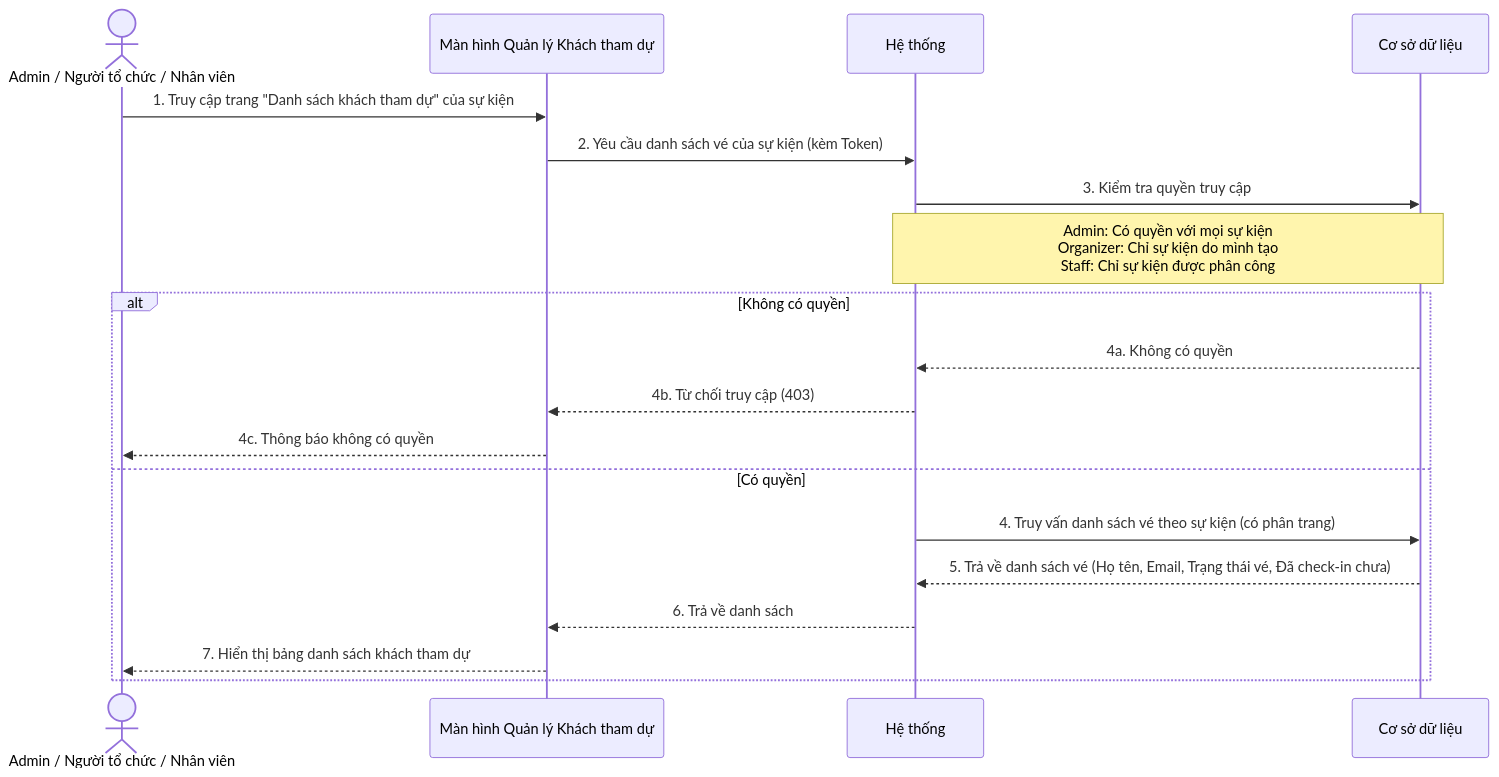
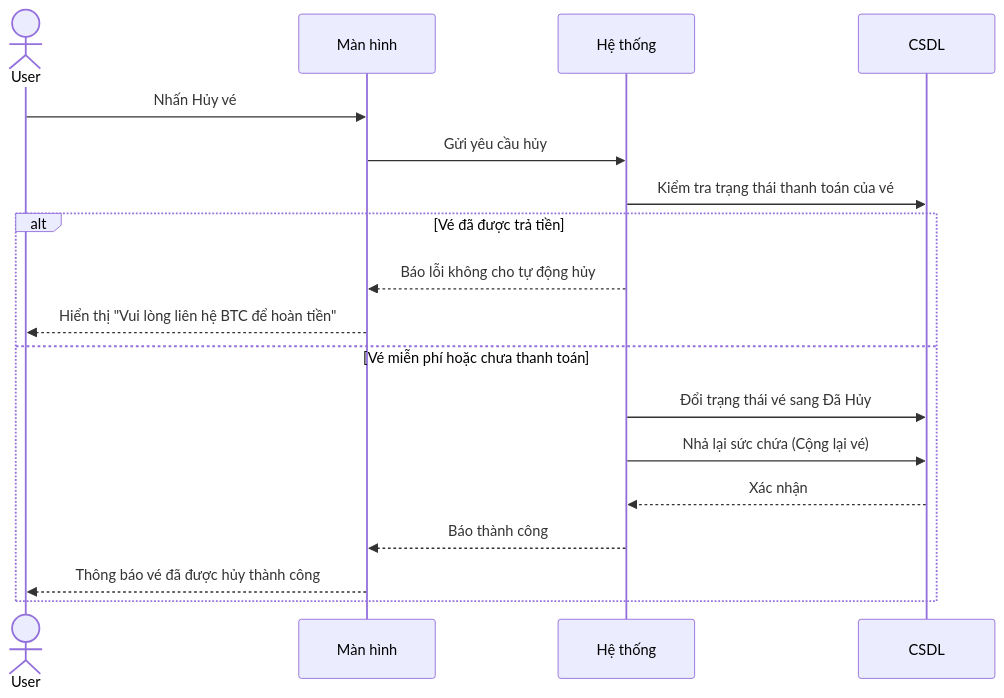
One commit to ChuDucAnh21/BE-quan-ly-su-kien changed the fifth of 7 diagrams in doc/system_analysis/sequence diagram/05d_sequence_payment_ticket_checkin.md. Above: the diagram before and after it, drawn with Mermaid. The commit also changed other lines of this file and 14 other files, not shown here.

````diff
--- a/doc/system_analysis/sequence diagram/05d_sequence_payment_ticket_checkin.md
+++ b/doc/system_analysis/sequence diagram/05d_sequence_payment_ticket_checkin.md
@@ -252,22 +104,21 @@
 ```mermaid
 sequenceDiagram
-    actor User as Admin / Người tổ chức / Nhân viên
-    participant UI as Màn hình Quản lý Khách tham dự
-    participant HT as Hệ thống
-    participant DB as Cơ sở dữ liệu
+    actor User
+    participant Màn hình
+    participant Hệ thống
+    participant CSDL
 
-    User->>UI: 1. Truy cập trang "Danh sách khách tham dự" của sự kiện
-    UI->>HT: 2. Yêu cầu danh sách vé của sự kiện (kèm Token)
-    HT->>DB: 3. Kiểm tra quyền truy cập
-    note over HT,DB: Admin: Có quyền với mọi sự kiện<br/>Organizer: Chỉ sự kiện do mình tạo<br/>Staff: Chỉ sự kiện được phân công
-    alt Không có quyền
-        DB-->>HT: 4a. Không có quyền
-        HT-->>UI: 4b. Từ chối truy cập (403)
-        UI-->>User: 4c. Thông báo không có quyền
-    else Có quyền
-        HT->>DB: 4. Truy vấn danh sách vé theo sự kiện (có phân trang)
-        DB-->>HT: 5. Trả về danh sách vé (Họ tên, Email, Trạng thái vé, Đã check-in chưa)
-        HT-->>UI: 6. Trả về danh sách
-        UI-->>User: 7. Hiển thị bảng danh sách khách tham dự
+    User->>Màn hình: Nhấn Hủy vé
+    Màn hình->>Hệ thống: Gửi yêu cầu hủy
+    Hệ thống->>CSDL: Kiểm tra trạng thái thanh toán của vé
+    alt Vé đã được trả tiền
+        Hệ thống-->>Màn hình: Báo lỗi không cho tự động hủy
+        Màn hình-->>User: Hiển thị "Vui lòng liên hệ BTC để hoàn tiền"
+    else Vé miễn phí hoặc chưa thanh toán
+        Hệ thống->>CSDL: Đổi trạng thái vé sang Đã Hủy
+        Hệ thống->>CSDL: Nhả lại sức chứa (Cộng lại vé)
+        CSDL-->>Hệ thống: Xác nhận
+        Hệ thống-->>Màn hình: Báo thành công
+        Màn hình-->>User: Thông báo vé đã được hủy thành công
     end
 ```
````
